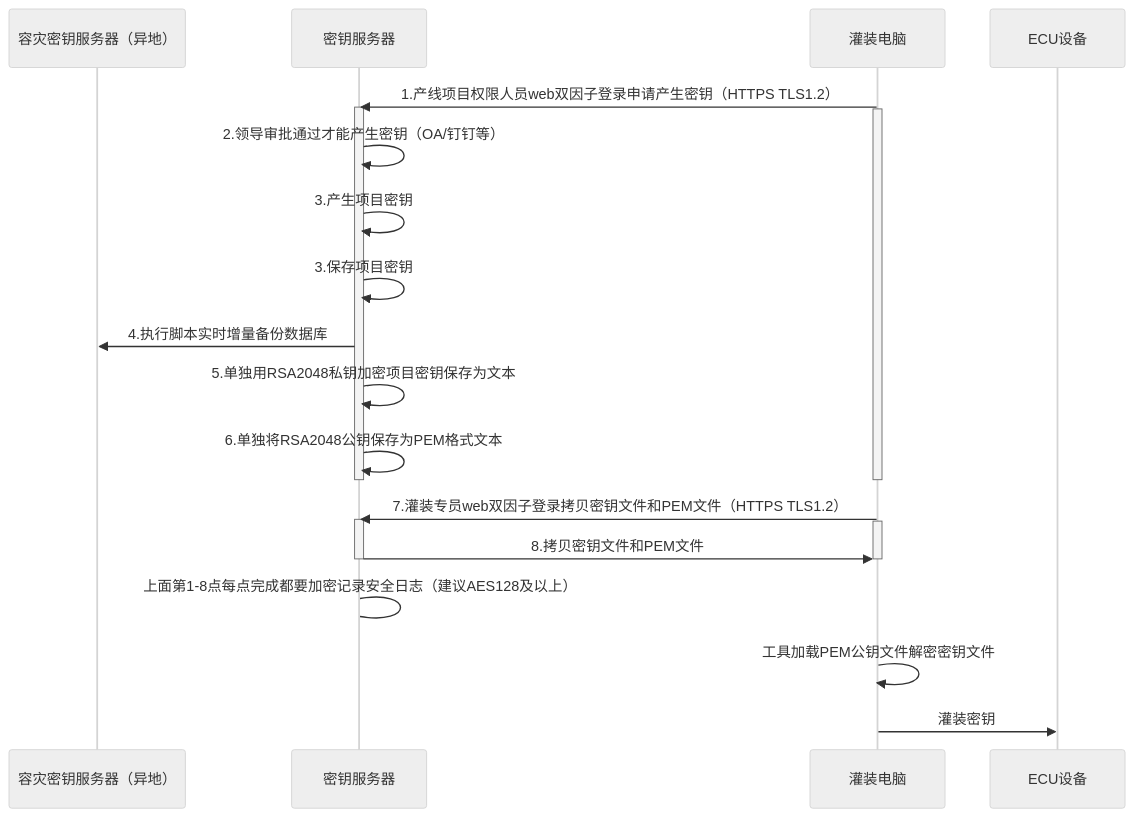
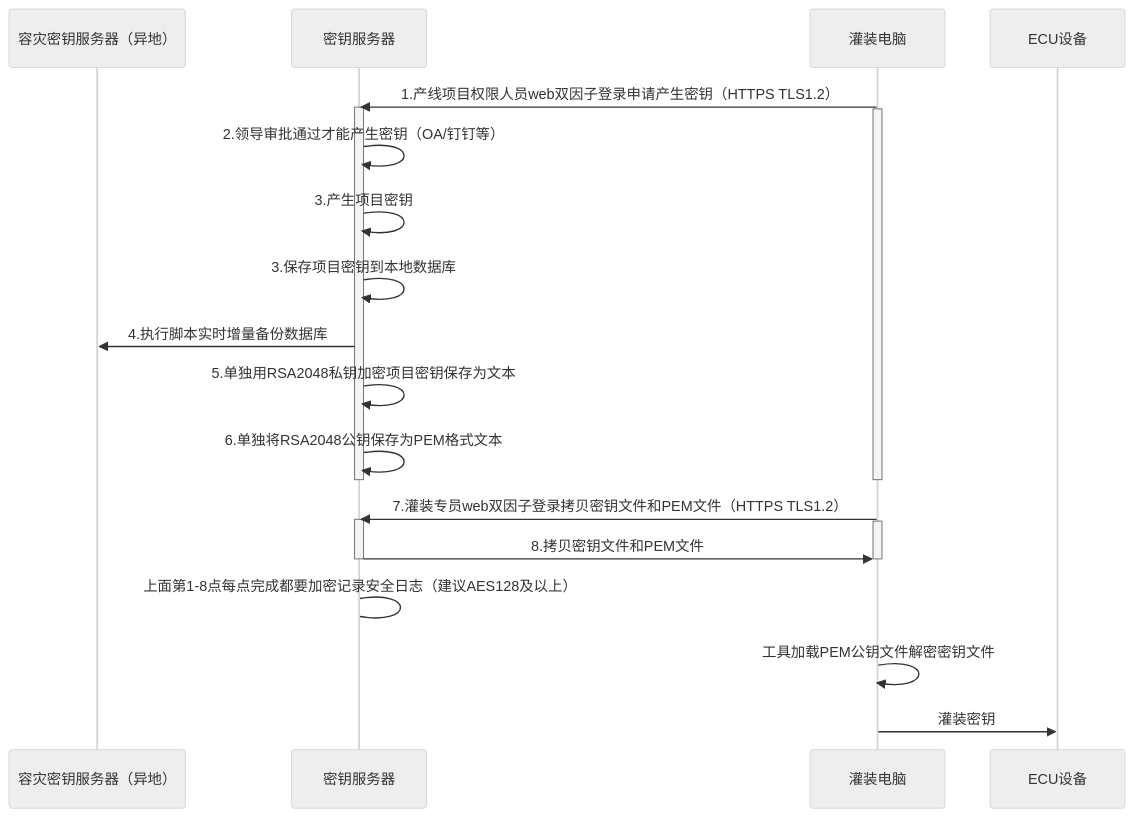
The diagram in all/未命名-15.md (facebook-cloud/iodraw-files), drawn with Mermaid (neutral theme) before and after one commit.

Commit message:
2026-02-12 13:51:35 update

````diff
--- a/all/未命名-15.md
+++ b/all/未命名-15.md
@@ -1,33 +1,33 @@
 ```mermaid
 sequenceDiagram
     participant A as 容灾密钥服务器（异地）
     participant B as 密钥服务器
     participant D as 灌装电脑
     participant E as ECU设备
 
     
     D->>B: 1.产线项目权限人员web双因子登录申请产生密钥（HTTPS TLS1.2）
     activate B
     activate D
     B->>B: 2.领导审批通过才能产生密钥（OA/钉钉等）
     B->>B: 3.产生项目密钥
-    B->>B: 3.保存项目密钥
+    B->>B: 3.保存项目密钥到本地数据库
     B->>A: 4.执行脚本实时增量备份数据库
     B->>B: 5.单独用RSA2048私钥加密项目密钥保存为文本
     B->>B: 6.单独将RSA2048公钥保存为PEM格式文本
     deactivate B
     deactivate D
 
     
     D->>B: 7.灌装专员web双因子登录拷贝密钥文件和PEM文件（HTTPS TLS1.2）
     activate B
     activate D
     B->>D: 8.拷贝密钥文件和PEM文件
     deactivate B
     deactivate D
     B->B: 上面第1-8点每点完成都要加密记录安全日志（建议AES128及以上）
 
     D->>D:工具加载PEM公钥文件解密密钥文件
     
     D->>E: 灌装密钥
 ```
````
